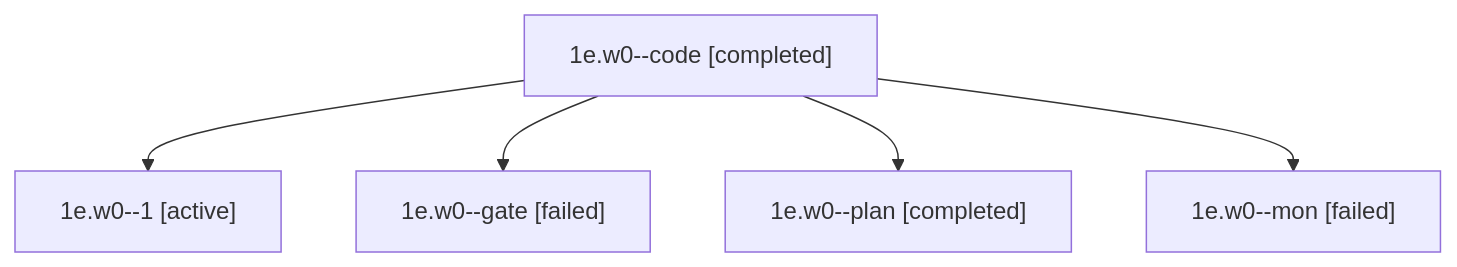
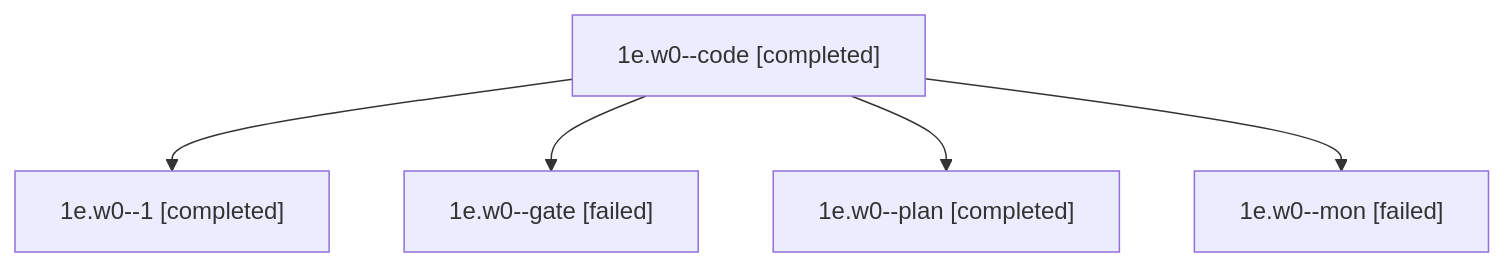
One commit to sase-org/sase--agents changed the diagram in sessions/bbugyi200.apollo.1e.w0.md. Above: the diagram before and after it, drawn with Mermaid. The commit also changed other lines of this file and 59 other files, not shown here.

````diff
--- a/sessions/bbugyi200.apollo.1e.w0.md
+++ b/sessions/bbugyi200.apollo.1e.w0.md
@@ -9,12 +9,12 @@
 ```mermaid
 flowchart TD
   n0["1e.w0--code [completed]"]
-  n1["1e.w0--1 [active]"]
+  n1["1e.w0--1 [completed]"]
   n0 --> n1
   n2["1e.w0--gate [failed]"]
   n0 --> n2
   n3["1e.w0--plan [completed]"]
   n0 --> n3
   n4["1e.w0--mon [failed]"]
   n0 --> n4
 ```
````
